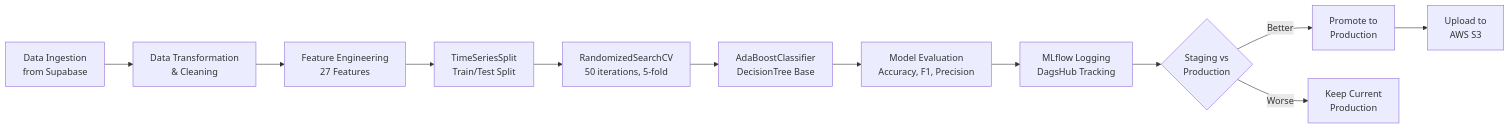
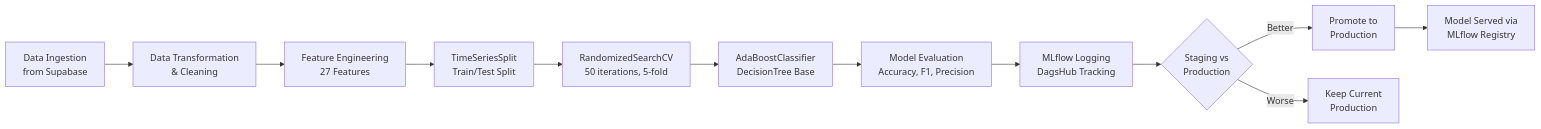
One commit to aniq63/EPL_Match_Prediction changed the diagram in README.md. Above: the diagram before and after it, drawn with Mermaid. The commit also changed other lines of this file, not shown here.

````diff
--- a/README.md
+++ b/README.md
@@ -265,14 +262,14 @@
 ```mermaid
 graph LR
     A[Data Ingestion<br/>from Supabase] --> B[Data Transformation<br/>& Cleaning]
     B --> C[Feature Engineering<br/>27 Features]
     C --> D[TimeSeriesSplit<br/>Train/Test Split]
     D --> E[RandomizedSearchCV<br/>50 iterations, 5-fold]
     E --> F[AdaBoostClassifier<br/>DecisionTree Base]
     F --> G[Model Evaluation<br/>Accuracy, F1, Precision]
     G --> H[MLflow Logging<br/>DagsHub Tracking]
     H --> I{Staging vs<br/>Production}
     I -->|Better| J[Promote to<br/>Production]
     I -->|Worse| K[Keep Current<br/>Production]
-    J --> L[Upload to<br/>AWS S3]
+    J --> L[Model Served via<br/>MLflow Registry]
 ```
````
